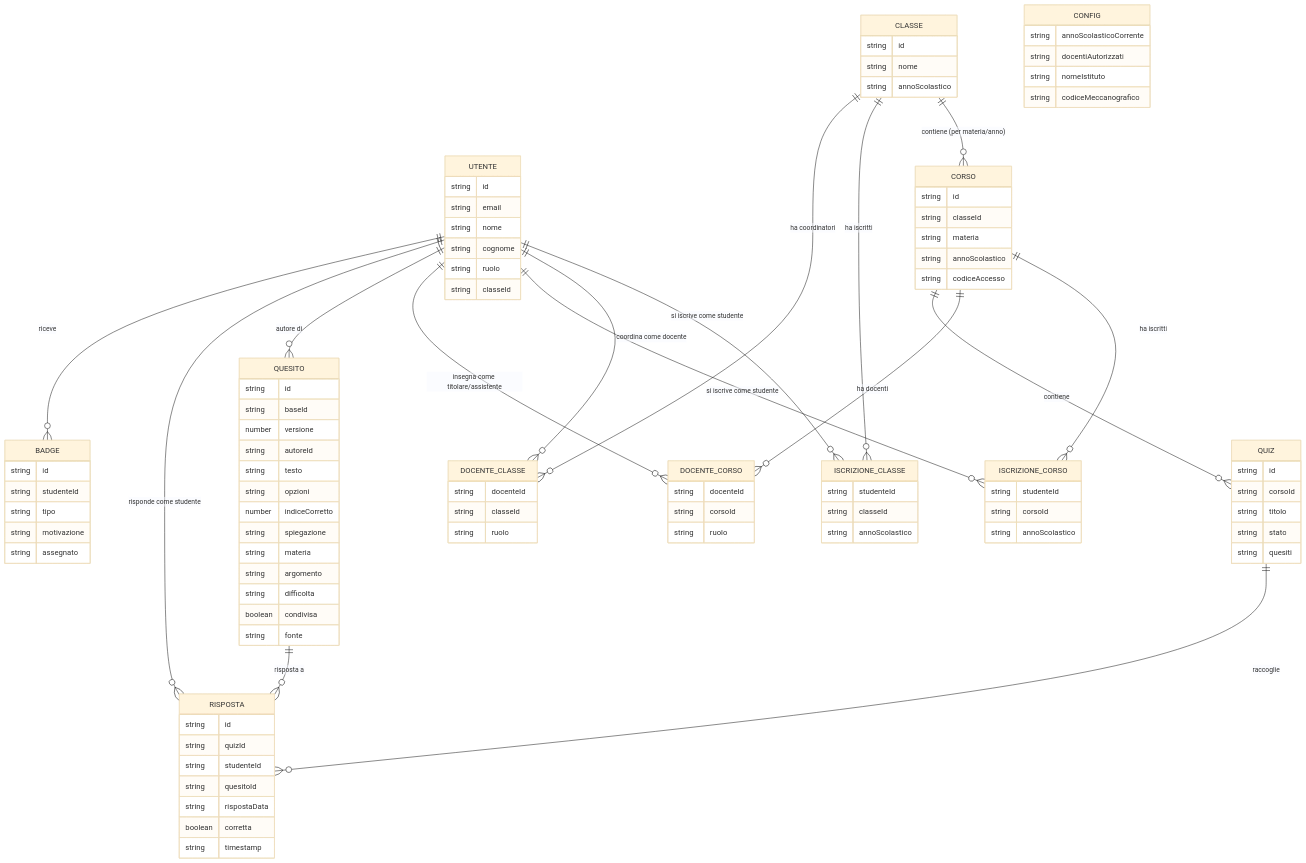
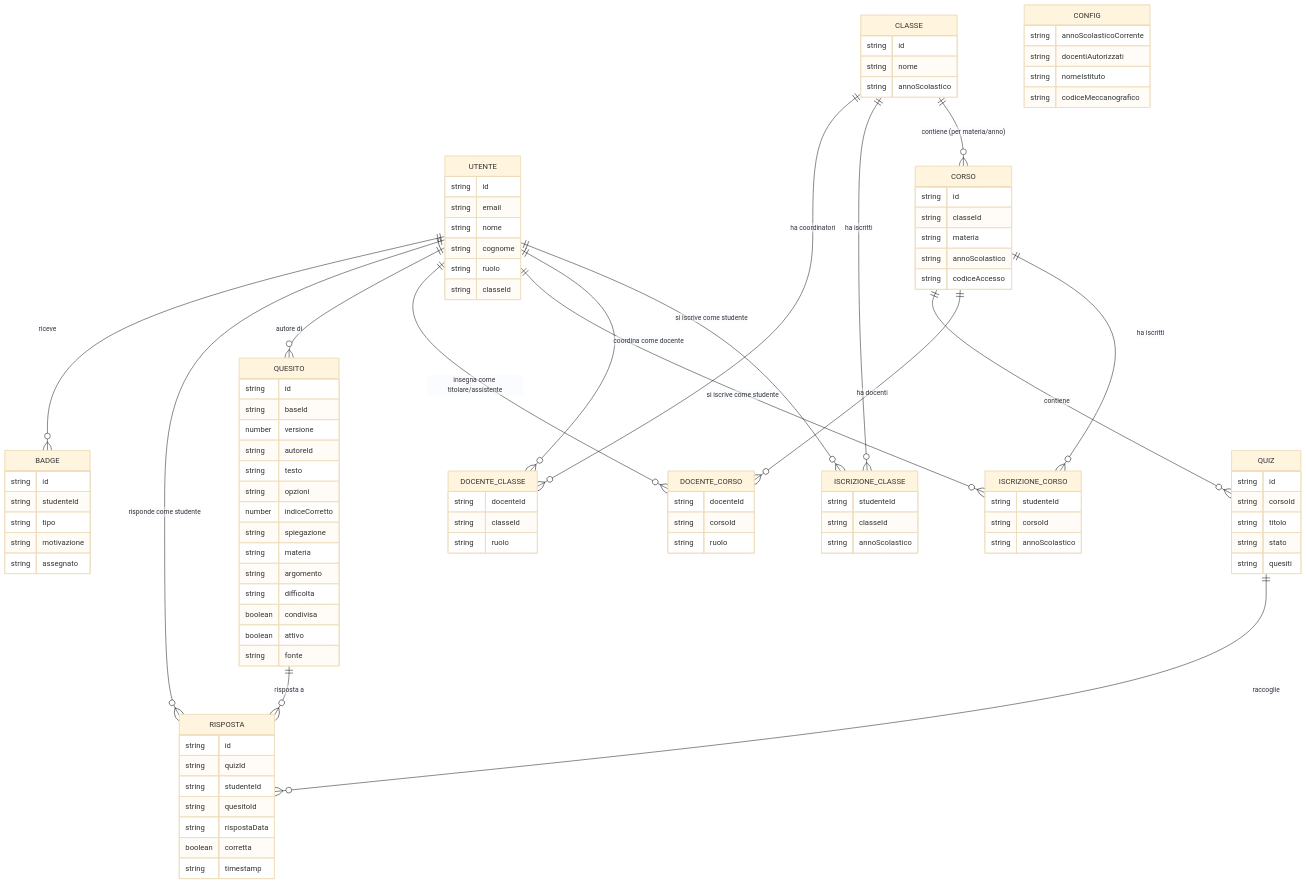
Before and after one commit to trikkulab/isaquiz: the diagram in docs/isaquiz_ERD.md, drawn with Mermaid (base theme). The commit also changed other lines of this file and 6 other files, not shown here.

```diff
--- a/docs/isaquiz_ERD.md
+++ b/docs/isaquiz_ERD.md
@@ -75,6 +75,7 @@
         string argomento
         string difficolta
         boolean condivisa
+        boolean attivo
         string fonte
     }
 
```
